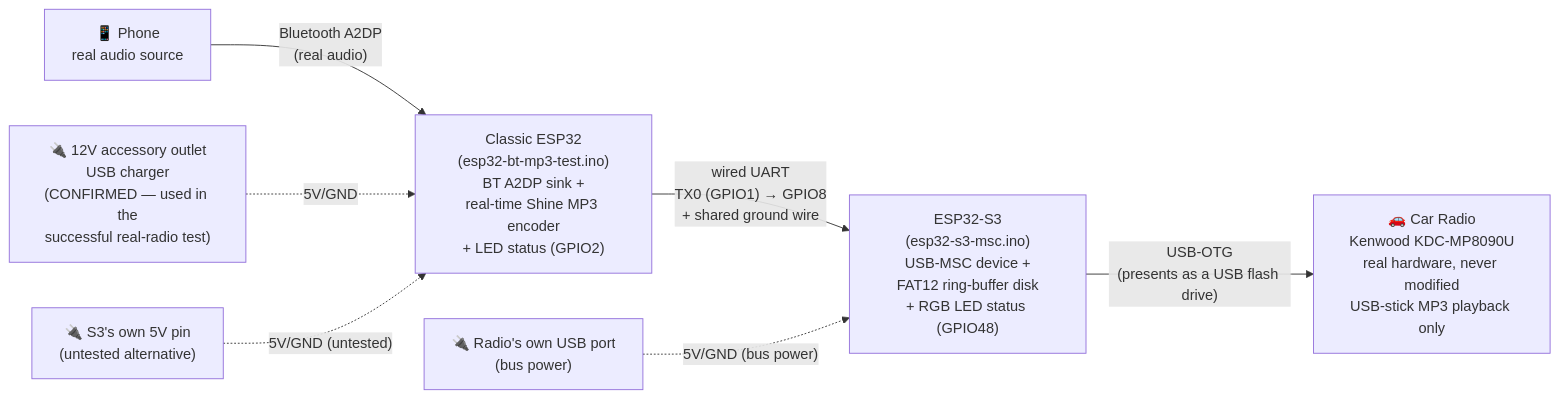
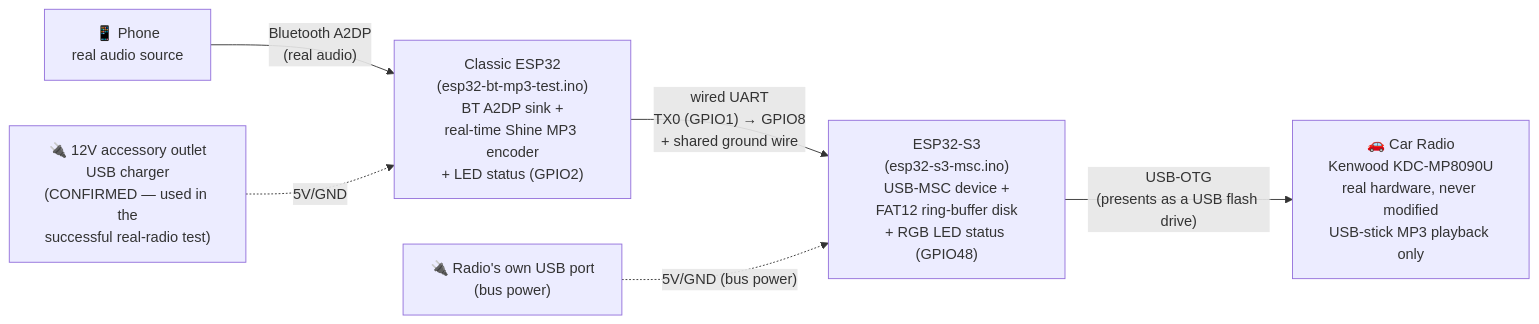
Before and after one commit to Silenttttttt/esp32-bt-usb-mp3-dongle: the first of 3 diagrams in ARCHITECTURE.md, drawn with Mermaid. The commit also changed other lines of this file and 1 other file, not shown here.

First line of the commit message:
Root-cause and close out the single-cable power design as a real dead end

````diff
--- a/ARCHITECTURE.md
+++ b/ARCHITECTURE.md
@@ -16,17 +16,15 @@
 ```mermaid
 graph LR
     Phone["📱 Phone<br/>real audio source"]
     Classic["Classic ESP32<br/>(esp32-bt-mp3-test.ino)<br/>BT A2DP sink +<br/>real-time Shine MP3 encoder<br/>+ LED status (GPIO2)"]
     S3["ESP32-S3<br/>(esp32-s3-msc.ino)<br/>USB-MSC device +<br/>FAT12 ring-buffer disk<br/>+ RGB LED status (GPIO48)"]
     Radio["🚗 Car Radio<br/>Kenwood KDC-MP8090U<br/>real hardware, never modified<br/>USB-stick MP3 playback only"]
     PowerA["🔌 12V accessory outlet<br/>USB charger<br/>(CONFIRMED — used in the<br/>successful real-radio test)"]
-    PowerC["🔌 S3's own 5V pin<br/>(untested alternative)"]
     PowerB["🔌 Radio's own USB port<br/>(bus power)"]
 
     Phone -- "Bluetooth A2DP<br/>(real audio)" --> Classic
     Classic -- "wired UART<br/>TX0 (GPIO1) → GPIO8<br/>+ shared ground wire" --> S3
     S3 -- "USB-OTG<br/>(presents as a USB flash drive)" --> Radio
     PowerA -. "5V/GND" .-> Classic
-    PowerC -. "5V/GND (untested)" .-> Classic
     PowerB -. "5V/GND (bus power)" .-> S3
 ```
````
